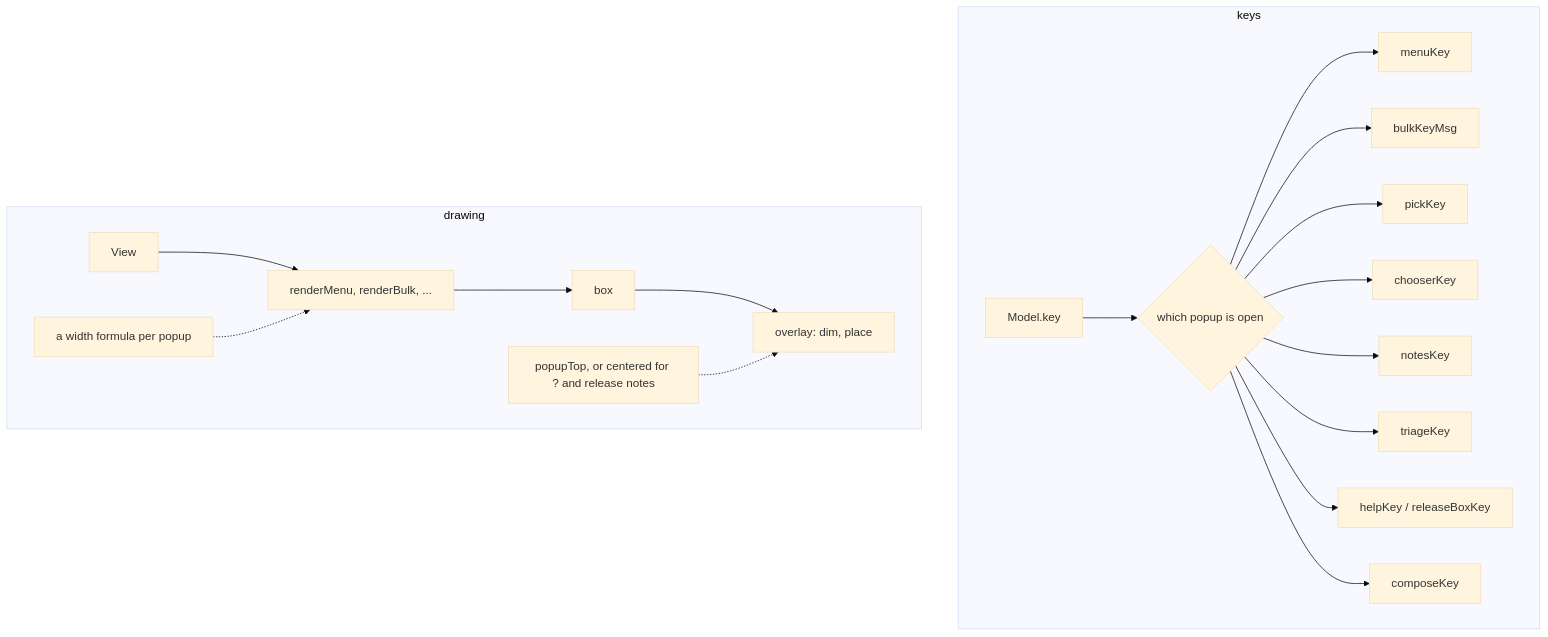
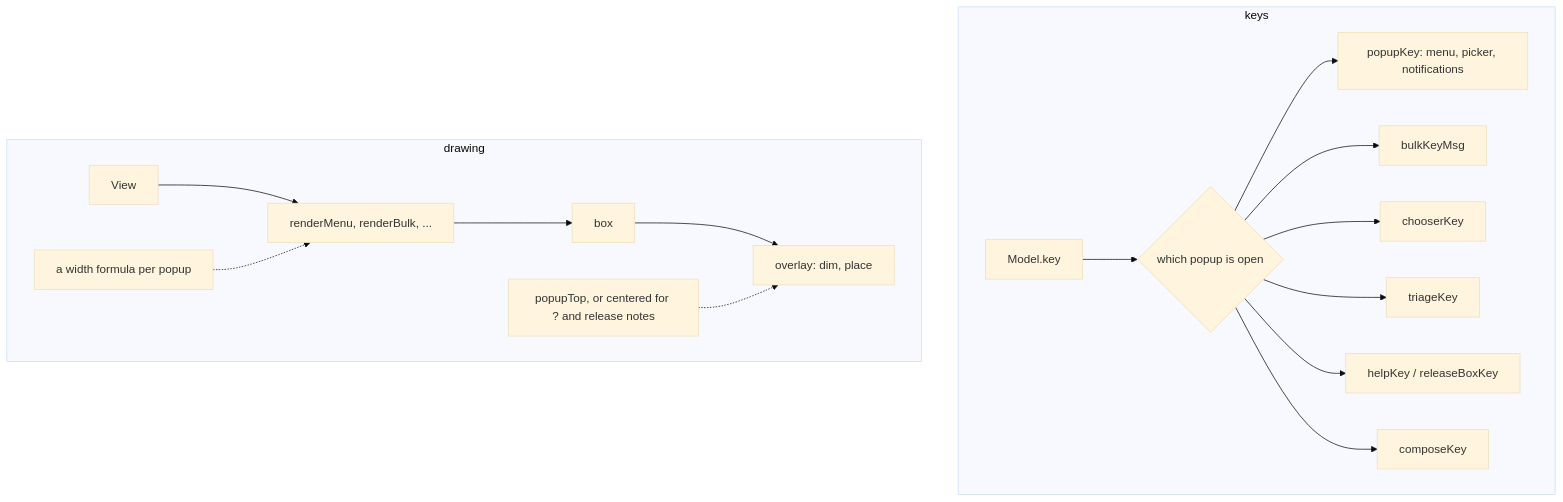
The first of 2 diagrams in docs/design/popups.md (babarot/gh-desk), drawn with Mermaid (base theme) before and after one commit. The commit also changed other lines of this file and 7 other files, not shown here.

First line of the commit message:
Read the keys of the menu, the picker and the notifications in one place

````diff
--- a/docs/design/popups.md
+++ b/docs/design/popups.md
@@ -72,21 +72,19 @@
 ```mermaid
 flowchart TB
   subgraph keys["keys"]
     K["Model.key"] --> SW{"which popup is open"}
-    SW --> MK["menuKey"]
+    SW --> SH["popupKey: menu, picker, notifications"]
     SW --> BK["bulkKeyMsg"]
-    SW --> PK["pickKey"]
     SW --> CK["chooserKey"]
-    SW --> NK["notesKey"]
     SW --> TK["triageKey"]
     SW --> HK["helpKey / releaseBoxKey"]
     SW --> CPK["composeKey"]
   end
   subgraph draw["drawing"]
     V["View"] --> RS["renderMenu, renderBulk, ..."]
     RS --> BOX["box"]
     BOX --> OV["overlay: dim, place"]
     W["a width formula per popup"] -.-> RS
     T["popupTop, or centered for ? and release notes"] -.-> OV
   end
 ```
````
